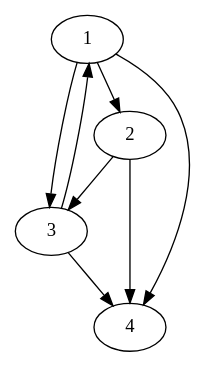
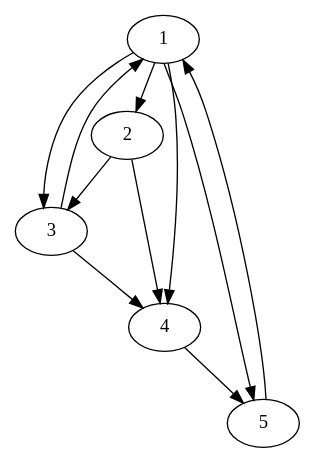
Before and after one commit to HBekteshi/data-visualization: the diagram in data/testnetwork.dot, drawn with Graphviz. The commit also changed 1 other file, not shown here.

```diff
--- a/data/testnetwork.dot
+++ b/data/testnetwork.dot
@@ -1,14 +1,18 @@
 strict digraph {
 1;
 2;
 3;
 4;
+5;
 
 1 -> 2;
 2 -> 3;
 3 -> 1;
 1 -> 3;
 3 -> 4;
 1 -> 4;
 2 -> 4;
+4 -> 5;
+1 -> 5;
+5 -> 1;
 }
```
